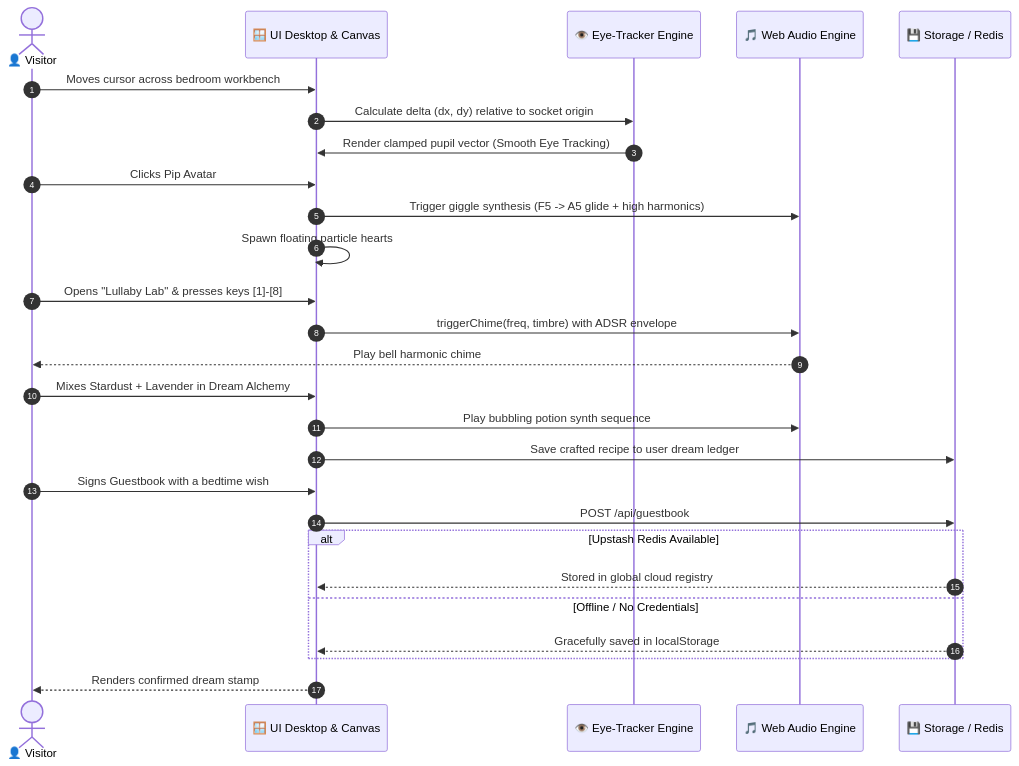
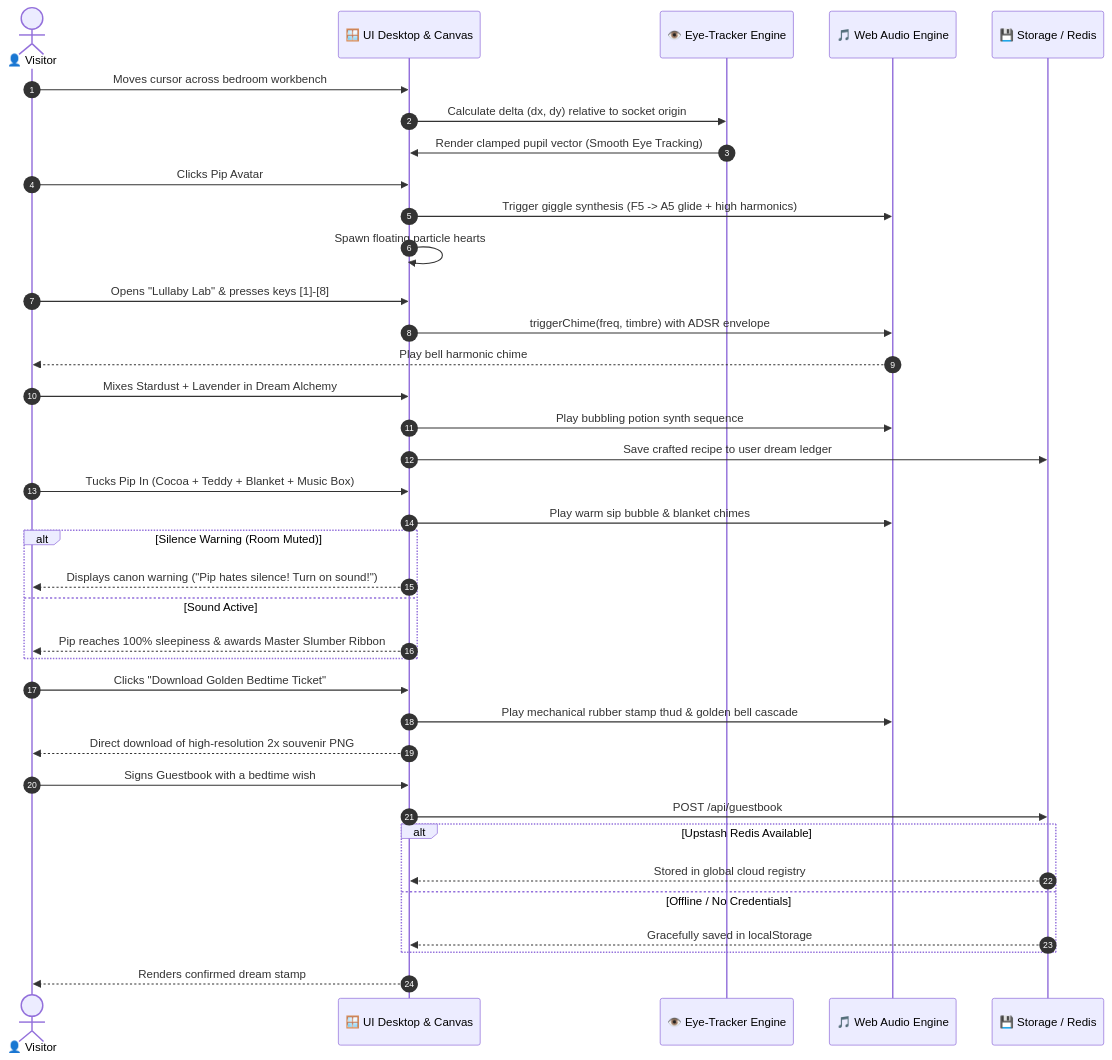
Before and after one commit to shravani-162006/pips-bedtime-homepage: the second of 3 diagrams in README.md, drawn with Mermaid. The commit also changed other lines of this file and 6 other files, not shown here.

Commit message:
feat: add Tuck Pip into Bed virtual care toy and downloadable Golden Dream Ticket generator

````diff
--- a/README.md
+++ b/README.md
@@ -102,34 +104,46 @@
 ```mermaid
 sequenceDiagram
     autonumber
     actor Visitor as 👤 Visitor
     participant UI as 🪟 UI Desktop & Canvas
     participant EyeEngine as 👁️ Eye-Tracker Engine
     participant Audio as 🎵 Web Audio Engine
     participant Store as 💾 Storage / Redis
 
     Visitor->>UI: Moves cursor across bedroom workbench
     UI->>EyeEngine: Calculate delta (dx, dy) relative to socket origin
     EyeEngine->>UI: Render clamped pupil vector (Smooth Eye Tracking)
     
     Visitor->>UI: Clicks Pip Avatar
     UI->>Audio: Trigger giggle synthesis (F5 -> A5 glide + high harmonics)
     UI->>UI: Spawn floating particle hearts
     
     Visitor->>UI: Opens "Lullaby Lab" & presses keys [1]-[8]
     UI->>Audio: triggerChime(freq, timbre) with ADSR envelope
     Audio-->>Visitor: Play bell harmonic chime
     
     Visitor->>UI: Mixes Stardust + Lavender in Dream Alchemy
     UI->>Audio: Play bubbling potion synth sequence
     UI->>Store: Save crafted recipe to user dream ledger
     
+    Visitor->>UI: Tucks Pip In (Cocoa + Teddy + Blanket + Music Box)
+    UI->>Audio: Play warm sip bubble & blanket chimes
+    alt Silence Warning (Room Muted)
+        UI-->>Visitor: Displays canon warning ("Pip hates silence! Turn on sound!")
+    else Sound Active
+        UI-->>Visitor: Pip reaches 100% sleepiness & awards Master Slumber Ribbon
+    end
+
+    Visitor->>UI: Clicks "Download Golden Bedtime Ticket"
+    UI->>Audio: Play mechanical rubber stamp thud & golden bell cascade
+    UI-->>Visitor: Direct download of high-resolution 2x souvenir PNG
+
     Visitor->>UI: Signs Guestbook with a bedtime wish
     UI->>Store: POST /api/guestbook
     alt Upstash Redis Available
         Store-->>UI: Stored in global cloud registry
     else Offline / No Credentials
         Store-->>UI: Gracefully saved in localStorage
     end
     UI-->>Visitor: Renders confirmed dream stamp
 ```
````
